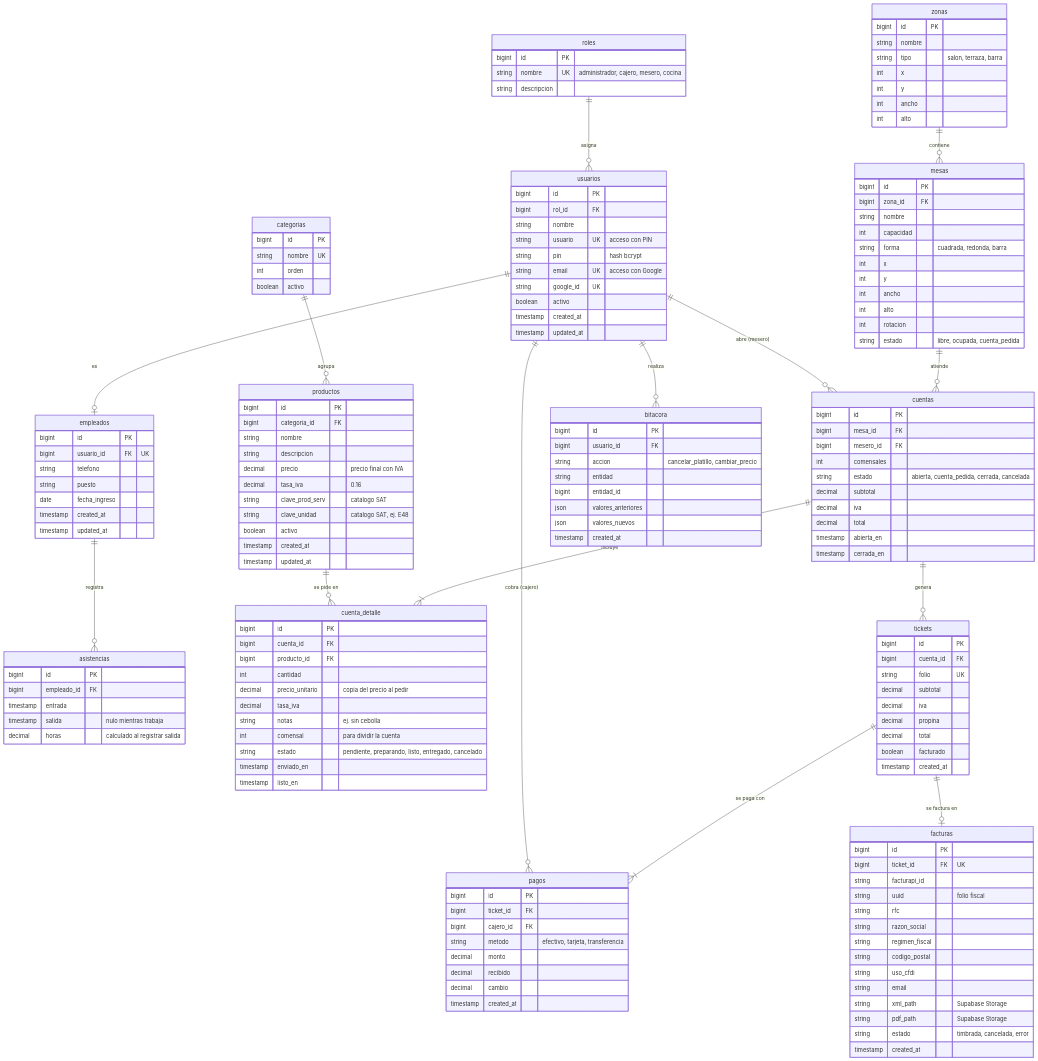
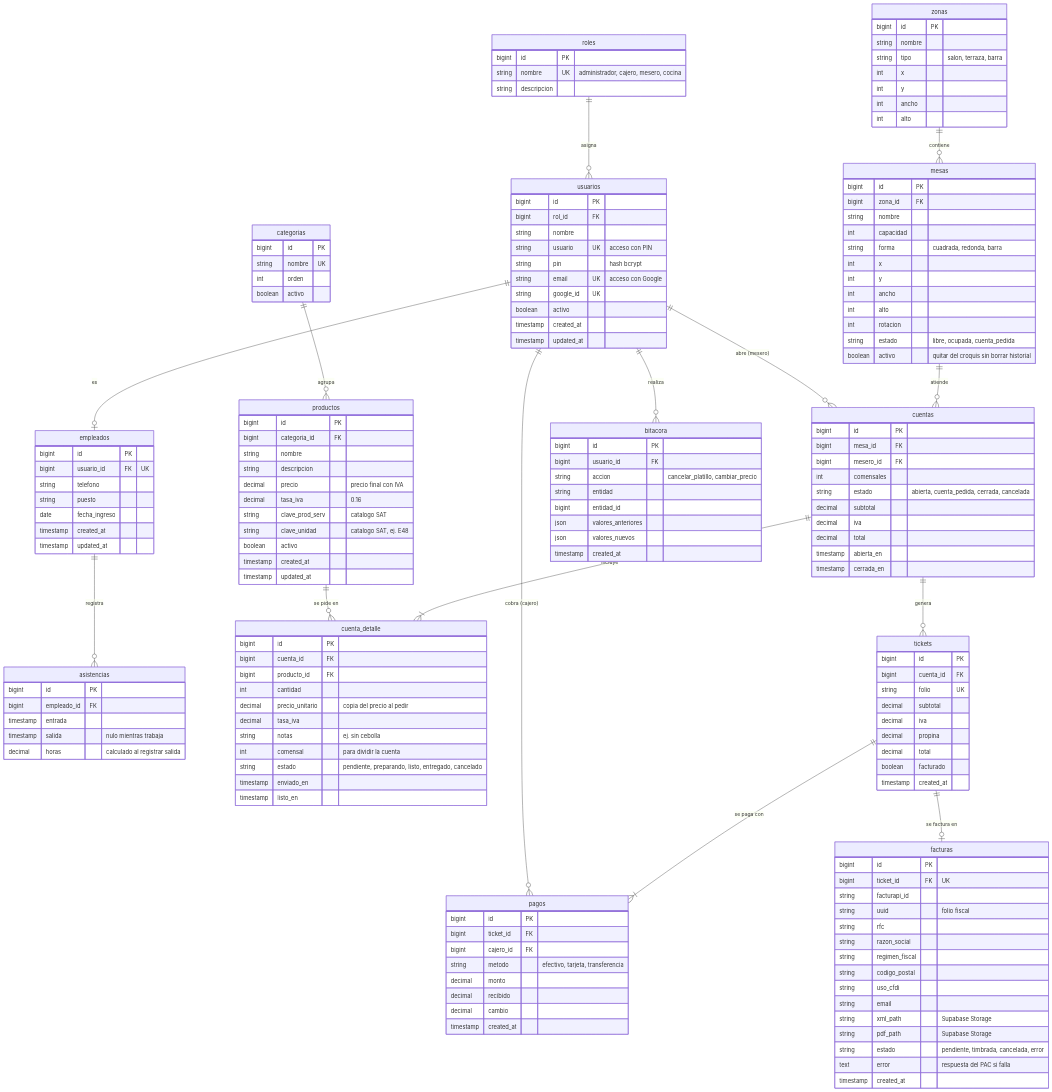
Before and after one commit to ricardo-rodriguezdesk/MesaLista: the diagram in docs/modelo-datos.md, drawn with Mermaid. The commit also changed other lines of this file and 6 other files, not shown here.

```diff
--- a/docs/modelo-datos.md
+++ b/docs/modelo-datos.md
@@ -101,6 +101,7 @@
         int alto
         int rotacion
         string estado "libre, ocupada, cuenta_pedida"
+        boolean activo "quitar del croquis sin borrar historial"
     }
 
     cuentas {
@@ -166,7 +167,8 @@
         string email
         string xml_path "Supabase Storage"
         string pdf_path "Supabase Storage"
-        string estado "timbrada, cancelada, error"
+        string estado "pendiente, timbrada, cancelada, error"
+        text error "respuesta del PAC si falla"
         timestamp created_at
     }
 
```
